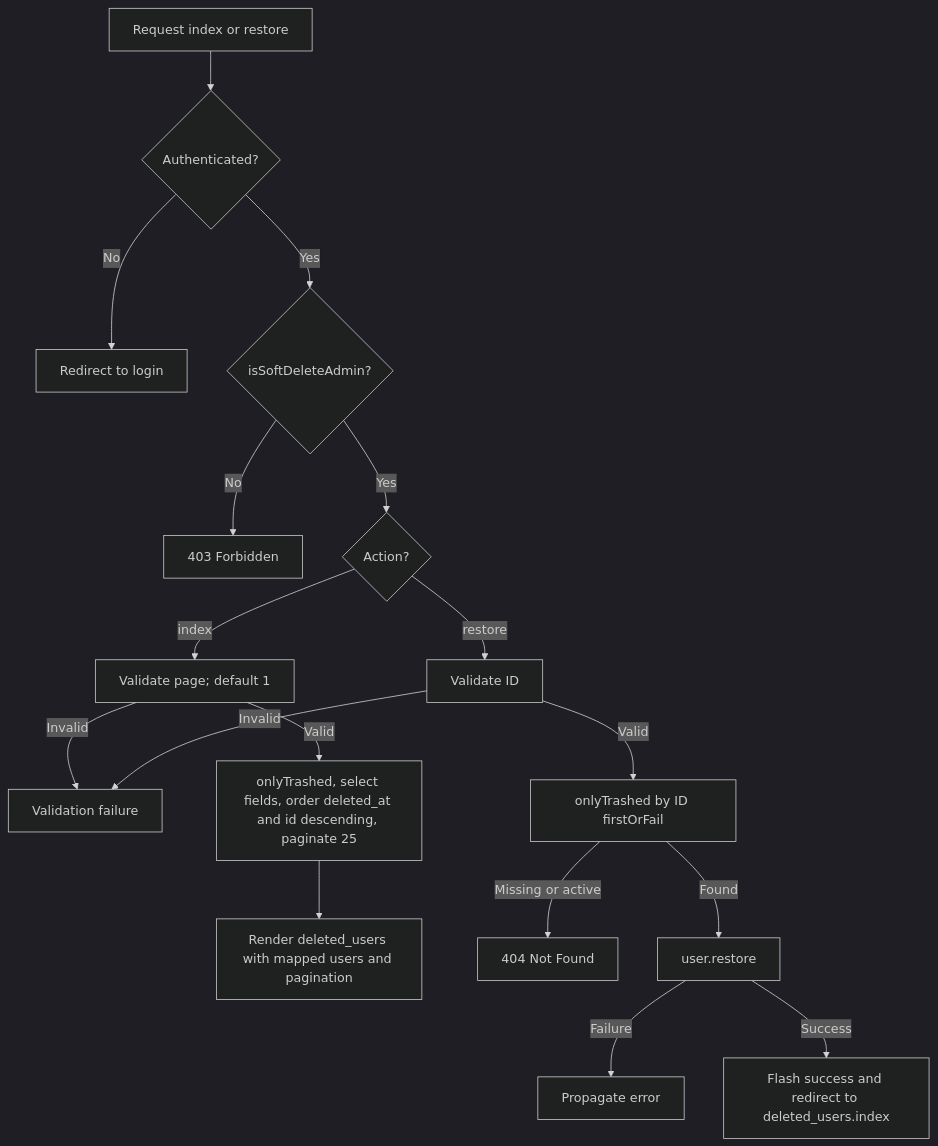
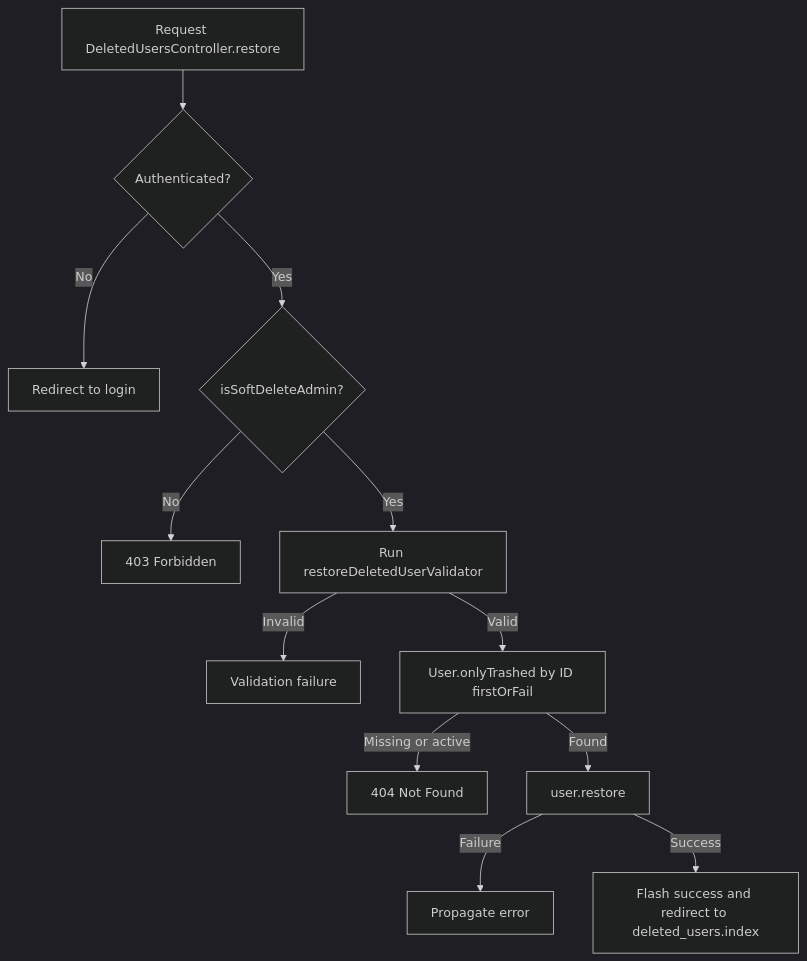
Before and after one commit to Kevinjohn/oss-adonisjs-lucid-soft-delete: the second of 2 diagrams in user-stories/example-apps/us-demo-04-hypermedia-admin-restore.md, drawn with Mermaid (dark theme). The commit also changed other lines of this file and 18 other files, not shown here.

````diff
--- a/user-stories/example-apps/us-demo-04-hypermedia-admin-restore.md
+++ b/user-stories/example-apps/us-demo-04-hypermedia-admin-restore.md
@@ -44,19 +35,14 @@
 ```mermaid
 flowchart TD
-    A["Request index or restore"] --> B{"Authenticated?"}
+    A["Request DeletedUsersController.restore"] --> B{"Authenticated?"}
     B -->|No| C["Redirect to login"]
     B -->|Yes| D{"isSoftDeleteAdmin?"}
     D -->|No| E["403 Forbidden"]
-    D -->|Yes| F{"Action?"}
-    F -->|index| L["Validate page; default 1"]
-    F -->|restore| R["Validate ID"]
-    L -->|Invalid| V["Validation failure"]
-    L -->|Valid| P["onlyTrashed, select fields, order deleted_at and id descending, paginate 25"]
-    R -->|Invalid| V
-    R -->|Valid| Q["onlyTrashed by ID firstOrFail"]
-    P --> W["Render deleted_users with mapped users and pagination"]
+    D -->|Yes| R["Run restoreDeletedUserValidator"]
+    R -->|Invalid| V["Validation failure"]
+    R -->|Valid| Q["User.onlyTrashed by ID firstOrFail"]
     Q -->|Missing or active| N["404 Not Found"]
     Q -->|Found| T["user.restore"]
     T -->|Failure| X["Propagate error"]
     T -->|Success| Z["Flash success and redirect to deleted_users.index"]
 ```
````
